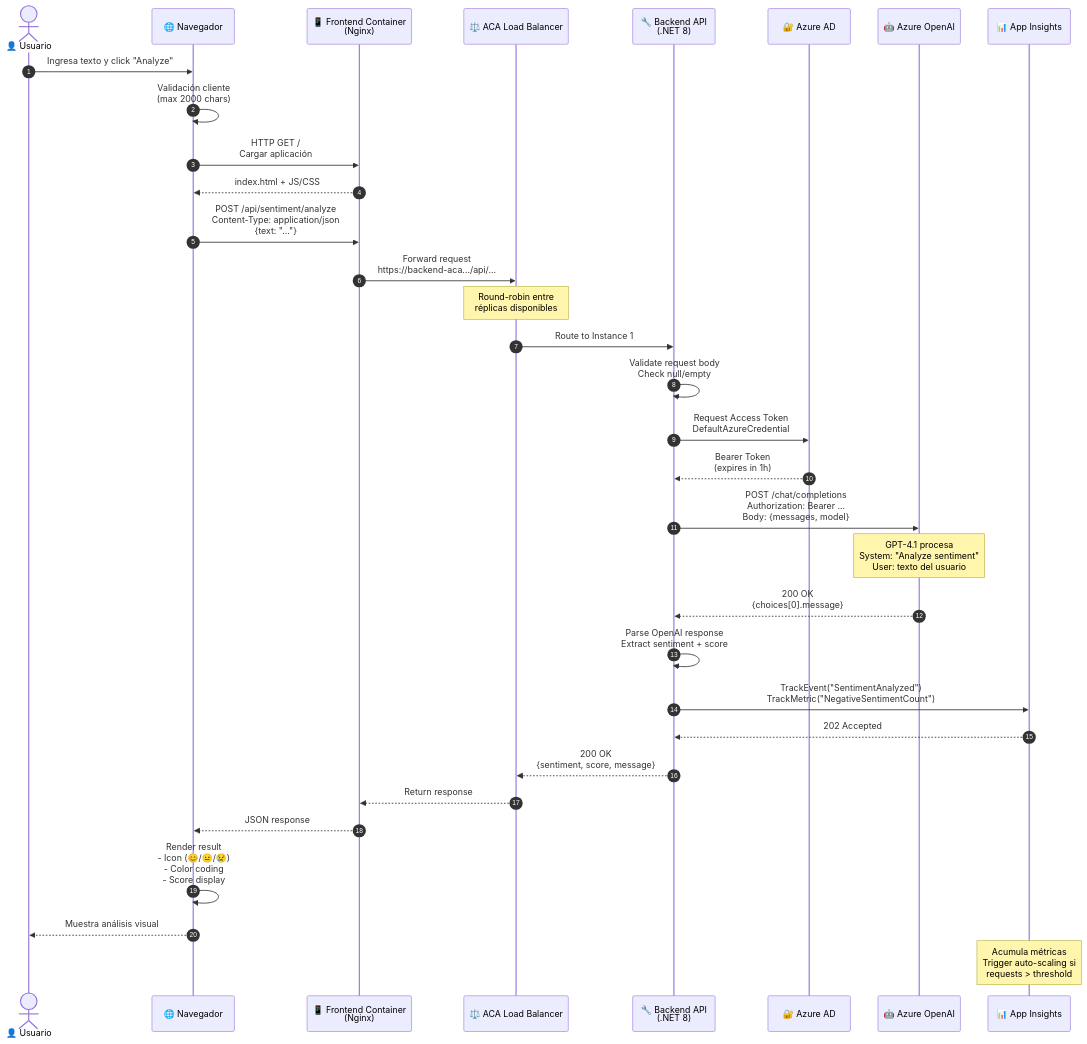
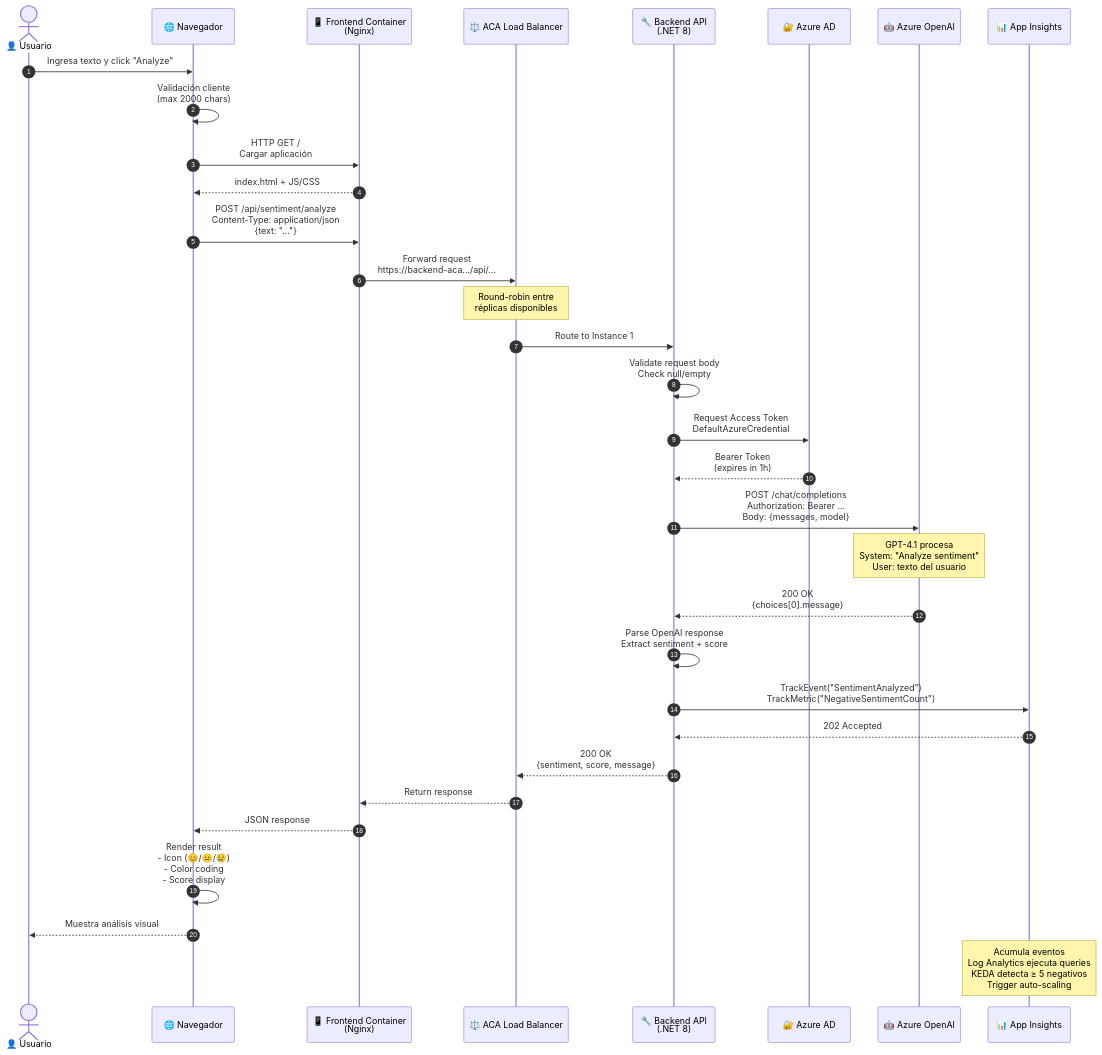
One commit to ramonsolorio/sentiment-analizer-app changed the tenth of 10 diagrams in ARCHITECTURE.md. Above: the diagram before and after it, drawn with Mermaid. The commit also changed other lines of this file and 3 other files, not shown here.

Commit message:
Add KEDA Log Analytics setup documentation and update README for event-driven scaling

````diff
--- a/ARCHITECTURE.md
+++ b/ARCHITECTURE.md
@@ -492,52 +655,52 @@
 ```mermaid
 sequenceDiagram
     autonumber
     
     actor User as 👤 Usuario
     participant Browser as 🌐 Navegador
     participant Frontend as 📱 Frontend Container<br/>(Nginx)
     participant LB as ⚖️ ACA Load Balancer
     participant Backend as 🔧 Backend API<br/>(.NET 8)
     participant Auth as 🔐 Azure AD
     participant OpenAI as 🤖 Azure OpenAI
     participant AppIns as 📊 App Insights
     
     User->>Browser: Ingresa texto y click "Analyze"
     Browser->>Browser: Validación cliente<br/>(max 2000 chars)
     Browser->>Frontend: HTTP GET /<br/>Cargar aplicación
     Frontend-->>Browser: index.html + JS/CSS
     
     Browser->>Frontend: POST /api/sentiment/analyze<br/>Content-Type: application/json<br/>{text: "..."}
     
     Frontend->>LB: Forward request<br/>https://backend-aca.../api/...
     
     Note over LB: Round-robin entre<br/>réplicas disponibles
     
     LB->>Backend: Route to Instance 1
     
     Backend->>Backend: Validate request body<br/>Check null/empty
     
     Backend->>Auth: Request Access Token<br/>DefaultAzureCredential
     Auth-->>Backend: Bearer Token<br/>(expires in 1h)
     
     Backend->>OpenAI: POST /chat/completions<br/>Authorization: Bearer ...<br/>Body: {messages, model}
     
     Note over OpenAI: GPT-4.1 procesa<br/>System: "Analyze sentiment"<br/>User: texto del usuario
     
     OpenAI-->>Backend: 200 OK<br/>{choices[0].message}
     
     Backend->>Backend: Parse OpenAI response<br/>Extract sentiment + score
     
     Backend->>AppIns: TrackEvent("SentimentAnalyzed")<br/>TrackMetric("NegativeSentimentCount")
     AppIns-->>Backend: 202 Accepted
     
     Backend-->>LB: 200 OK<br/>{sentiment, score, message}
     LB-->>Frontend: Return response
     Frontend-->>Browser: JSON response
     
     Browser->>Browser: Render result<br/>- Icon (😊/😐/😢)<br/>- Color coding<br/>- Score display
     
     Browser-->>User: Muestra análisis visual
     
-    Note over AppIns: Acumula métricas<br/>Trigger auto-scaling si<br/>requests > threshold
+    Note over AppIns: Acumula eventos<br/>Log Analytics ejecuta queries<br/>KEDA detecta ≥ 5 negativos<br/>Trigger auto-scaling
 ```
````
